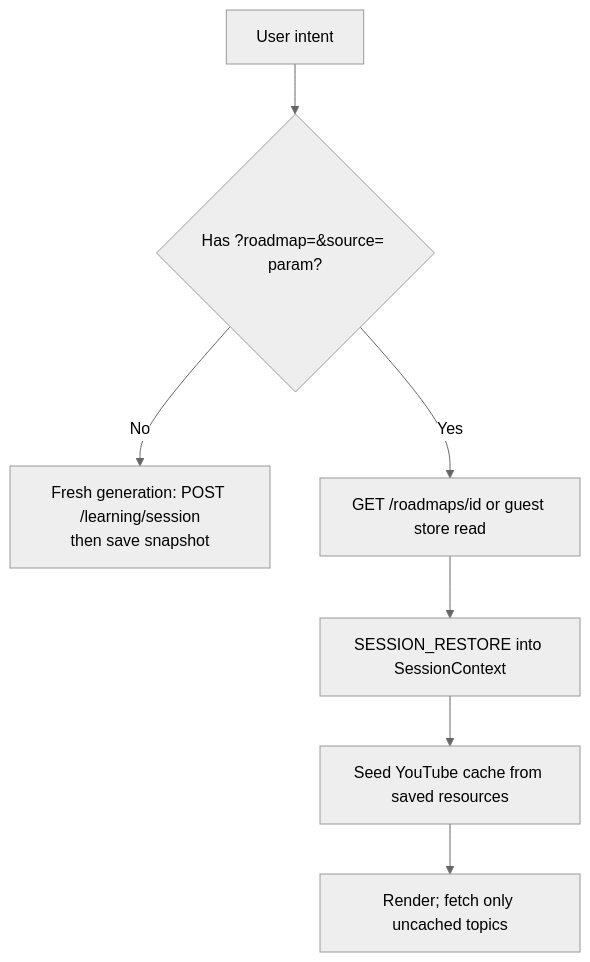
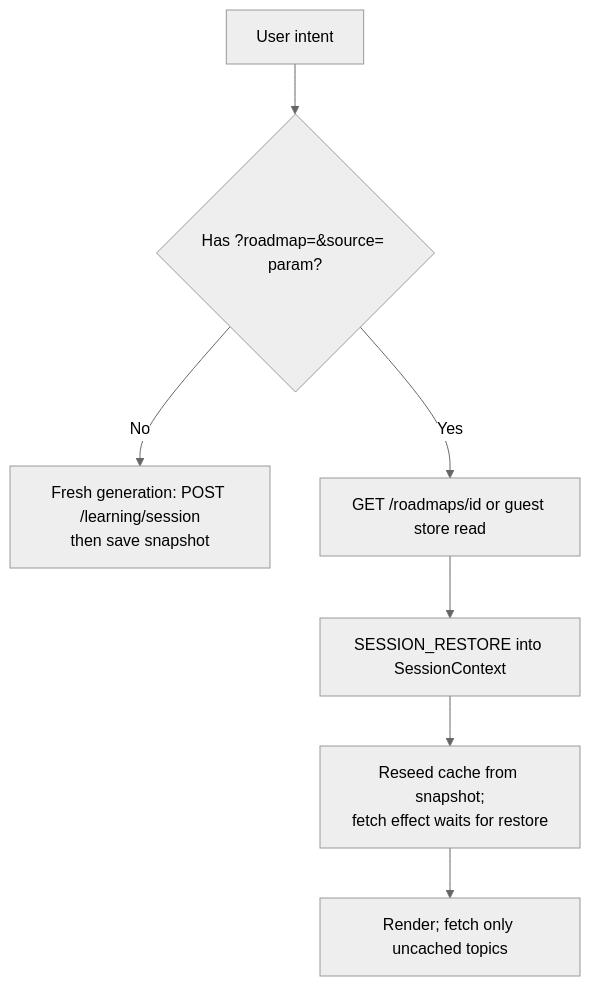
The fourth of 6 diagrams in FLOW.md (Rishabh-Devadiga/Saarthi.AI), drawn with Mermaid (neutral theme) before and after one commit. The commit also changed other lines of this file and 3 other files, not shown here.

Commit message:
Update Decision and Flow docs

````diff
--- a/FLOW.md
+++ b/FLOW.md
@@ -79,9 +87,9 @@
 ```mermaid
 flowchart TD
     A[User intent] --> B{Has ?roadmap=&source= param?}
     B -- No --> C[Fresh generation: POST /learning/session\nthen save snapshot]
     B -- Yes --> D[GET /roadmaps/id or guest store read]
     D --> E[SESSION_RESTORE into SessionContext]
-    E --> F[Seed YouTube cache from saved resources]
+    E --> F[Reseed cache from snapshot;\nfetch effect waits for restore]
     F --> G[Render; fetch only uncached topics]
 ```
````
